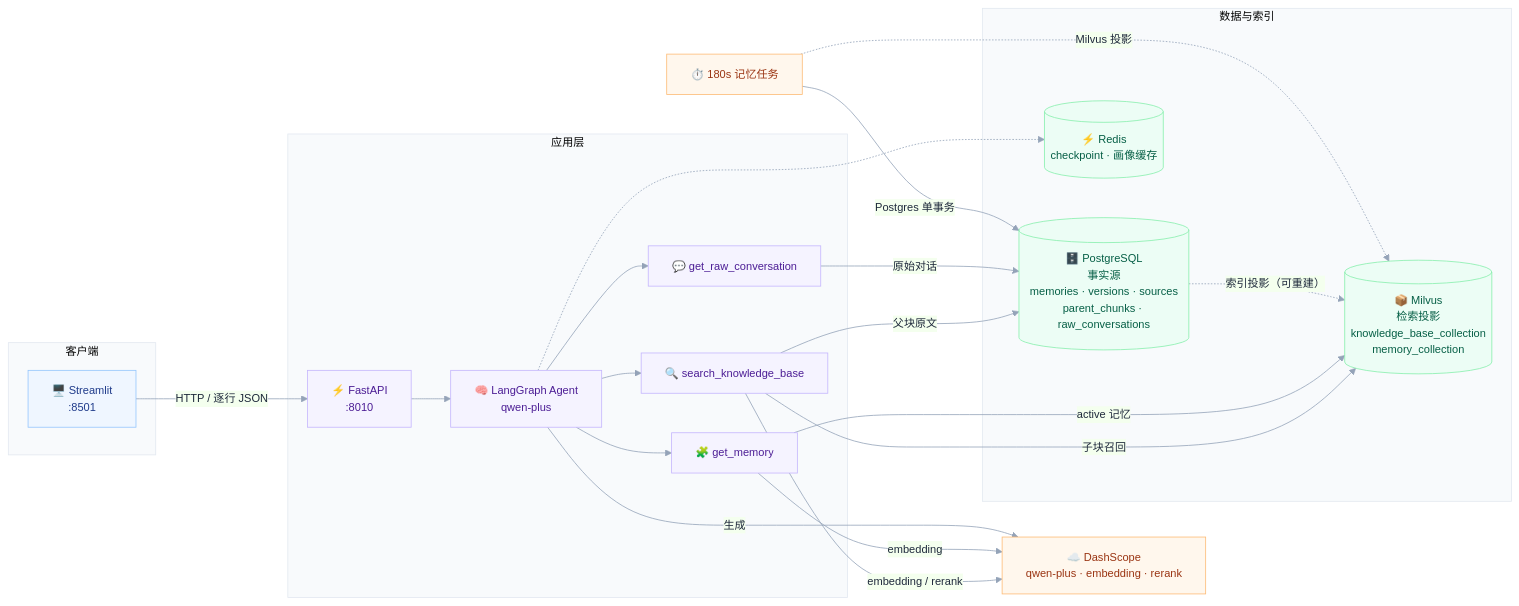
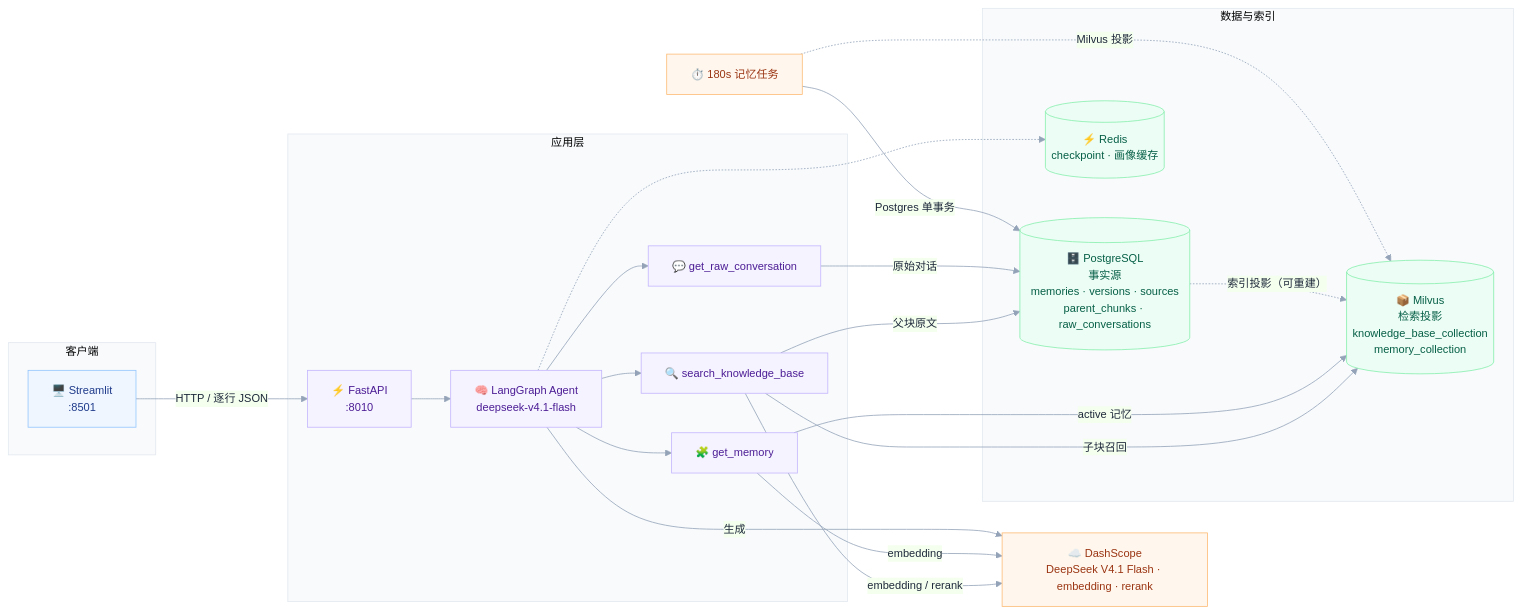
Before and after one commit to wh-violet667/Mnemo: the diagram in README.md, drawn with Mermaid. The commit also changed other lines of this file and 12 other files, not shown here.

````diff
--- a/README.md
+++ b/README.md
@@ -75,52 +75,52 @@
 ```mermaid
 %%{init: {"theme": "base", "themeVariables": {"fontFamily": "Inter, Segoe UI, sans-serif", "fontSize": "14px", "lineColor": "#94a3b8", "primaryColor": "#eef4ff", "primaryTextColor": "#1e293b", "primaryBorderColor": "#93c5fd", "clusterBkg": "#f8fafc", "clusterBorder": "#e2e8f0"}}}%%
 flowchart LR
     subgraph client["客户端"]
         UI["🖥️ Streamlit<br/>:8501"]
     end
 
     subgraph app["应用层"]
         API["⚡ FastAPI<br/>:8010"]
-        AGENT["🧠 LangGraph Agent<br/>qwen-plus"]
+        AGENT["🧠 LangGraph Agent<br/>deepseek-v4.1-flash"]
         T1["🔍 search_knowledge_base"]
         T2["🧩 get_memory"]
         T3["💬 get_raw_conversation"]
     end
 
     subgraph data["数据与索引"]
         PG[("🗄️ PostgreSQL<br/>事实源<br/>memories · versions · sources<br/>parent_chunks · raw_conversations")]
         MV[("📦 Milvus<br/>检索投影<br/>knowledge_base_collection<br/>memory_collection")]
         RD[("⚡ Redis<br/>checkpoint · 画像缓存")]
     end
 
-    EXT["☁️ DashScope<br/>qwen-plus · embedding · rerank"]
+    EXT["☁️ DashScope<br/>DeepSeek V4.1 Flash · embedding · rerank"]
     BG["⏱️ 180s 记忆任务"]
 
     UI -->|"HTTP / 逐行 JSON"| API
     API --> AGENT
     AGENT --> T1
     AGENT --> T2
     AGENT --> T3
 
     T1 -->|"子块召回"| MV
     T2 -->|"active 记忆"| MV
     T1 -->|"父块原文"| PG
     T3 -->|"原始对话"| PG
     PG -.->|"索引投影（可重建）"| MV
     AGENT -.-> RD
 
     T1 -->|"embedding / rerank"| EXT
     T2 -->|"embedding"| EXT
     AGENT -->|"生成"| EXT
     BG -->|"Postgres 单事务"| PG
     BG -.->|"Milvus 投影"| MV
 
     classDef client fill:#eff6ff,stroke:#93c5fd,color:#1e3a8a
     classDef app fill:#f5f3ff,stroke:#c4b5fd,color:#4c1d95
     classDef data fill:#ecfdf5,stroke:#86efac,color:#065f46
     classDef ext fill:#fff7ed,stroke:#fdba74,color:#9a3412
     class UI client
     class API,AGENT,T1,T2,T3 app
     class PG,MV,RD data
     class EXT,BG ext
 ```
````
